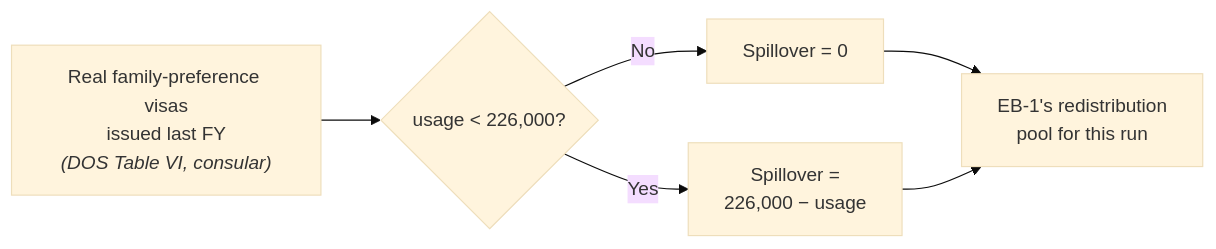
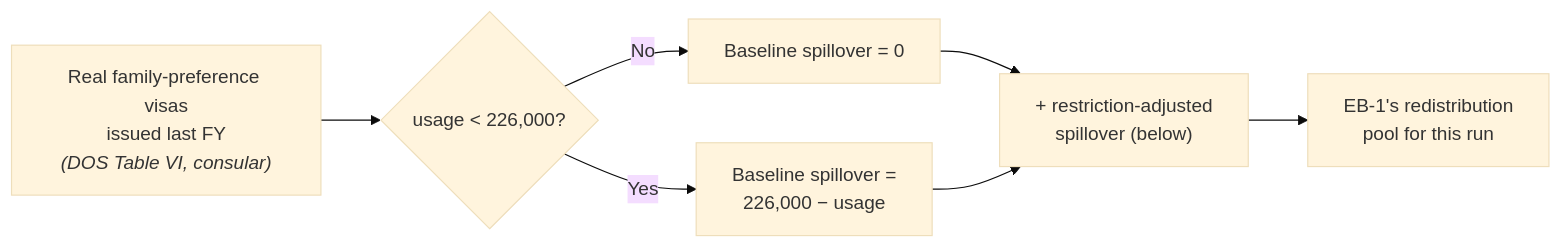
One commit to sharathandroid/GreenCardPredictor changed the second of 7 diagrams in README.md. Above: the diagram before and after it, drawn with Mermaid (base theme). The commit also changed other lines of this file, not shown here.

First line of the commit message:
Add the FB-side redistribution model to the README

````diff
--- a/README.md
+++ b/README.md
@@ -79,8 +79,9 @@
 ```mermaid
 flowchart LR
     A["Real family-preference visas<br/>issued last FY<br/><i>(DOS Table VI, consular)</i>"] --> B{"usage < 226,000?"}
-    B -- No --> C["Spillover = 0"]
-    B -- Yes --> D["Spillover =<br/>226,000 − usage"]
-    C --> E["EB-1's redistribution<br/>pool for this run"]
-    D --> E
+    B -- No --> C["Baseline spillover = 0"]
+    B -- Yes --> D["Baseline spillover =<br/>226,000 − usage"]
+    C --> Adj["+ restriction-adjusted<br/>spillover (below)"]
+    D --> Adj
+    Adj --> E["EB-1's redistribution<br/>pool for this run"]
 ```
````
